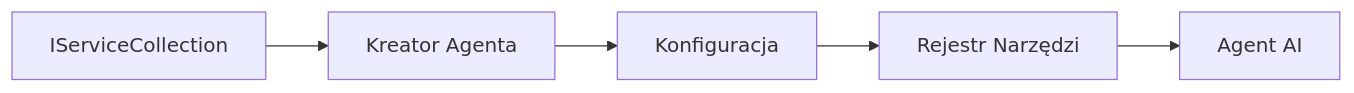
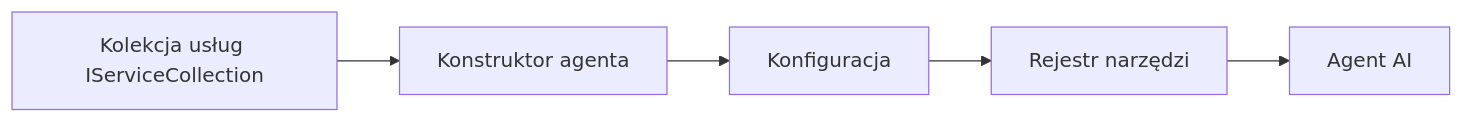
Before and after one commit to venturemavenwill/azureaifundamentals: the diagram in translations/pl/03-agentic-design-patterns/code_samples/03-dotnet-agent-framework.md, drawn with Mermaid. The commit also changed other lines of this file and 2002 other files, not shown here.

````diff
--- a/translations/pl/03-agentic-design-patterns/code_samples/03-dotnet-agent-framework.md
+++ b/translations/pl/03-agentic-design-patterns/code_samples/03-dotnet-agent-framework.md
@@ -41,7 +41,7 @@
 ```mermaid
 graph LR
-    A[IServiceCollection] --> B[Kreator Agenta]
+    A[Kolekcja usług IServiceCollection] --> B[Konstruktor agenta]
     B --> C[Konfiguracja]
-    C --> D[Rejestr Narzędzi]
+    C --> D[Rejestr narzędzi]
     D --> E[Agent AI]
 ```
````
